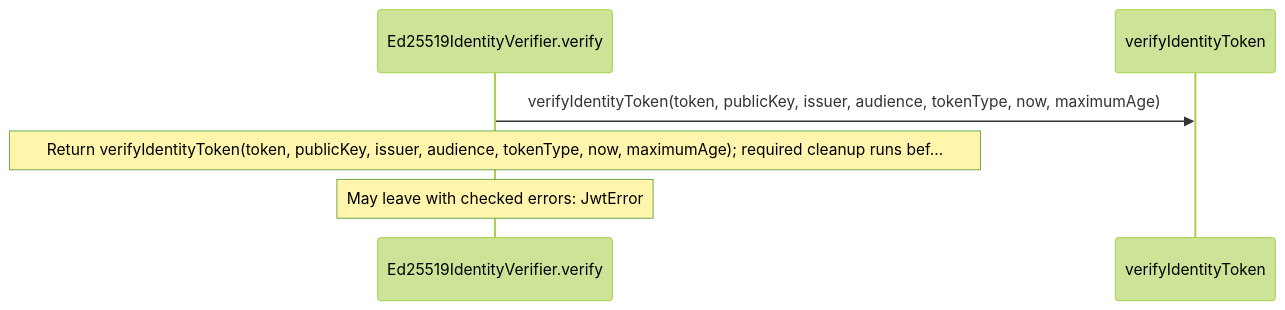
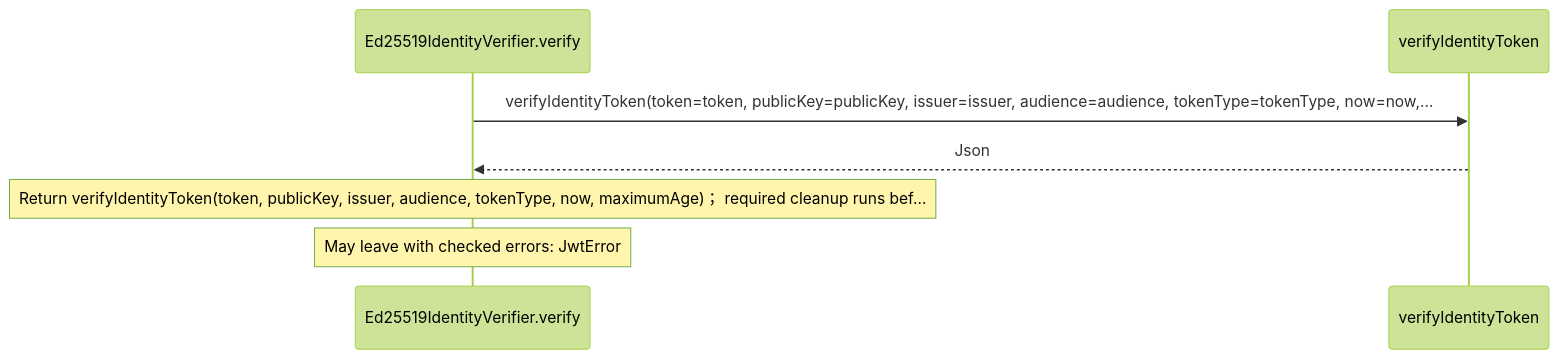
Diagram 14 of 14 in src/stdlib/crypto/jose.aug.diagrams.md (GreenPandaStudios/augscript), drawn with Mermaid (forest theme) before and after one commit. The commit also changed other lines of this file and 524 other files, not shown here.

Commit message:
Explain checked data flow at folder and service levels

````diff
--- a/src/stdlib/crypto/jose.aug.diagrams.md
+++ b/src/stdlib/crypto/jose.aug.diagrams.md
@@ -591,8 +602,9 @@
 ```mermaid
 sequenceDiagram
     participant p0 as Ed25519IdentityVerifier.verify
     participant p1 as verifyIdentityToken
-    p0->>p1: verifyIdentityToken(token, publicKey, issuer, audience, tokenType, now, maximumAge)
-    Note over p0: Return verifyIdentityToken(token, publicKey, issuer, audience, tokenType, now, maximumAge)#59; required cleanup runs bef…
+    p0->>p1: verifyIdentityToken(token=token, publicKey=publicKey, issuer=issuer, audience=audience, tokenType=tokenType, now=now,…
+    p1-->>p0: Json
+    Note over p0: Return verifyIdentityToken(token, publicKey, issuer, audience, tokenType, now, maximumAge)； required cleanup runs bef…
     Note over p0: May leave with checked errors: JwtError
 ```
````
